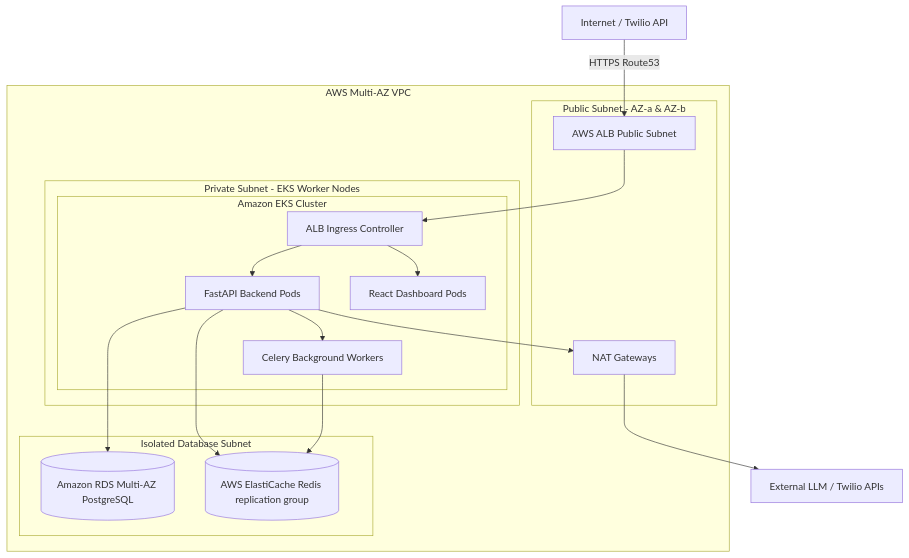
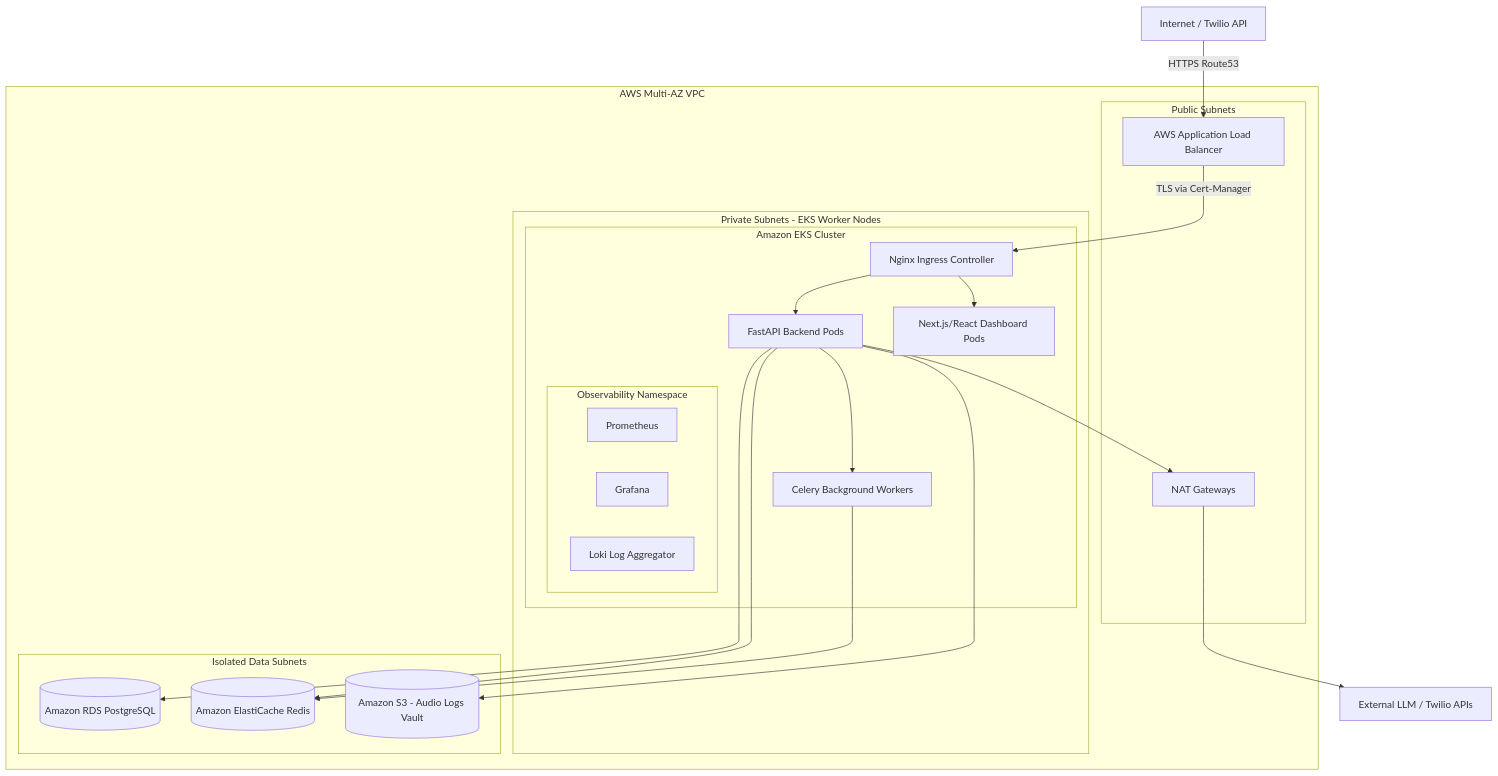
The second of 3 diagrams in README.md (sanjanamahajan2001-sys/alcon-ai-voice-agent), drawn with Mermaid before and after one commit. The commit also changed other lines of this file, not shown here.

Commit message:
docs: align application architecture diagrams and link sister infrastructure repository

````diff
--- a/README.md
+++ b/README.md
@@ -73,30 +83,38 @@
 ```mermaid
 graph TD
-    Internet[Internet / Twilio API] -->|HTTPS Route53| ALB[AWS ALB Public Subnet]
+    Internet[Internet / Twilio API] -->|HTTPS Route53| ALB[AWS Application Load Balancer]
     
     subgraph VPC [AWS Multi-AZ VPC]
-        subgraph PublicSubnet [Public Subnet - AZ-a & AZ-b]
+        subgraph PublicSubnet [Public Subnets]
             ALB
             NAT[NAT Gateways]
         end
         
-        subgraph PrivateSubnet [Private Subnet - EKS Worker Nodes]
+        subgraph PrivateSubnet [Private Subnets - EKS Worker Nodes]
             subgraph EKSCluster [Amazon EKS Cluster]
-                IngressController[ALB Ingress Controller] --> BackendPods[FastAPI Backend Pods]
-                IngressController --> FrontendPods[React Dashboard Pods]
+                Nginx[Nginx Ingress Controller] --> BackendPods[FastAPI Backend Pods]
+                Nginx --> FrontendPods[Next.js/React Dashboard Pods]
                 BackendPods --> CeleryWorkers[Celery Background Workers]
+                
+                subgraph Observability [Observability Namespace]
+                    Prom[Prometheus]
+                    Graf[Grafana]
+                    Loki[Loki Log Aggregator]
+                end
             end
         end
         
-        subgraph IsolatedSubnet [Isolated Database Subnet]
-            RDS[(Amazon RDS Multi-AZ PostgreSQL)]
-            Redis[(AWS ElastiCache Redis replication group)]
+        subgraph IsolatedSubnet [Isolated Data Subnets]
+            RDS[(Amazon RDS PostgreSQL)]
+            Redis[(Amazon ElastiCache Redis)]
+            S3[(Amazon S3 - Audio Logs Vault)]
         end
     end
     
-    ALB --> IngressController
+    ALB -->|TLS via Cert-Manager| Nginx
     BackendPods --> RDS
     BackendPods --> Redis
+    BackendPods --> S3
     CeleryWorkers --> Redis
     BackendPods --> NAT --> ExternalLLM[External LLM / Twilio APIs]
 ```
````
